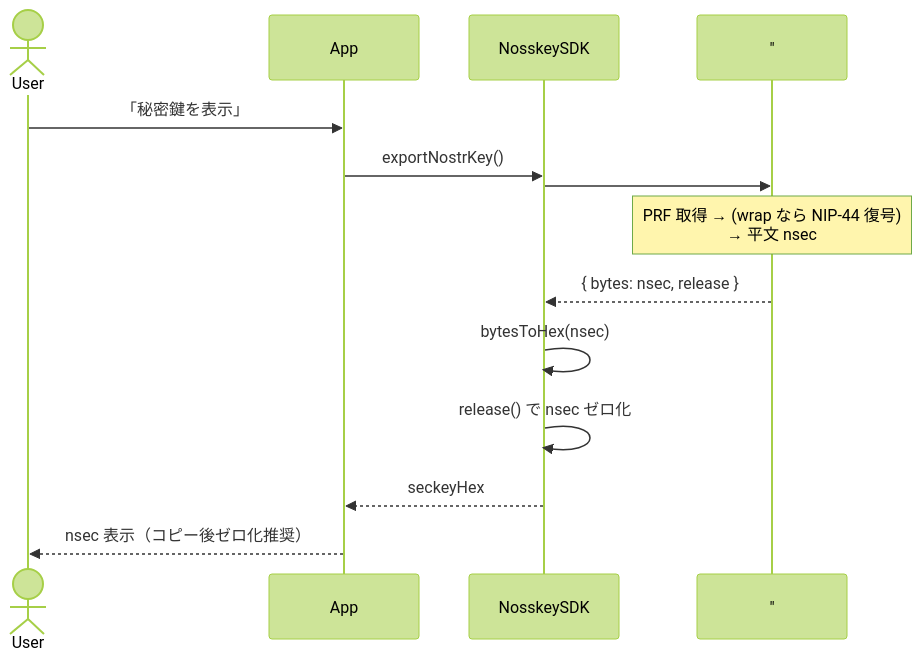
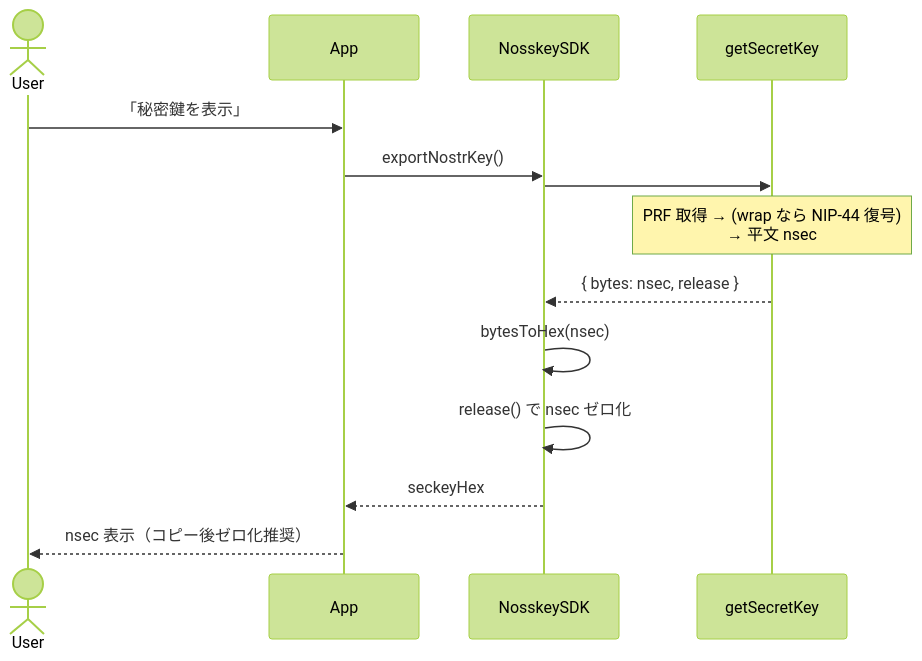
One commit to ocknamo/nosskey-sdk changed the seventh of 8 diagrams in docs/ja/design-existing-nsec-import.ja.md. Above: the diagram before and after it, drawn with Mermaid (forest theme). The commit also changed other lines of this file, not shown here.

````diff
--- a/docs/ja/design-existing-nsec-import.ja.md
+++ b/docs/ja/design-existing-nsec-import.ja.md
@@ -338,17 +346,17 @@
 ```mermaid
 sequenceDiagram
   actor User
   participant App
   participant SDK as NosskeySDK
-  participant GetSK as "#getSecretKey"
+  participant GetSK as getSecretKey
 
   User->>App: 「秘密鍵を表示」
   App->>SDK: exportNostrKey()
   SDK->>GetSK: #getSecretKey()
   Note over GetSK: PRF 取得 → (wrap なら NIP-44 復号)<br/>→ 平文 nsec
   GetSK-->>SDK: { bytes: nsec, release }
   SDK->>SDK: bytesToHex(nsec)
   SDK->>SDK: release() で nsec ゼロ化
   SDK-->>App: seckeyHex
   App-->>User: nsec 表示（コピー後ゼロ化推奨）
 ```
````
